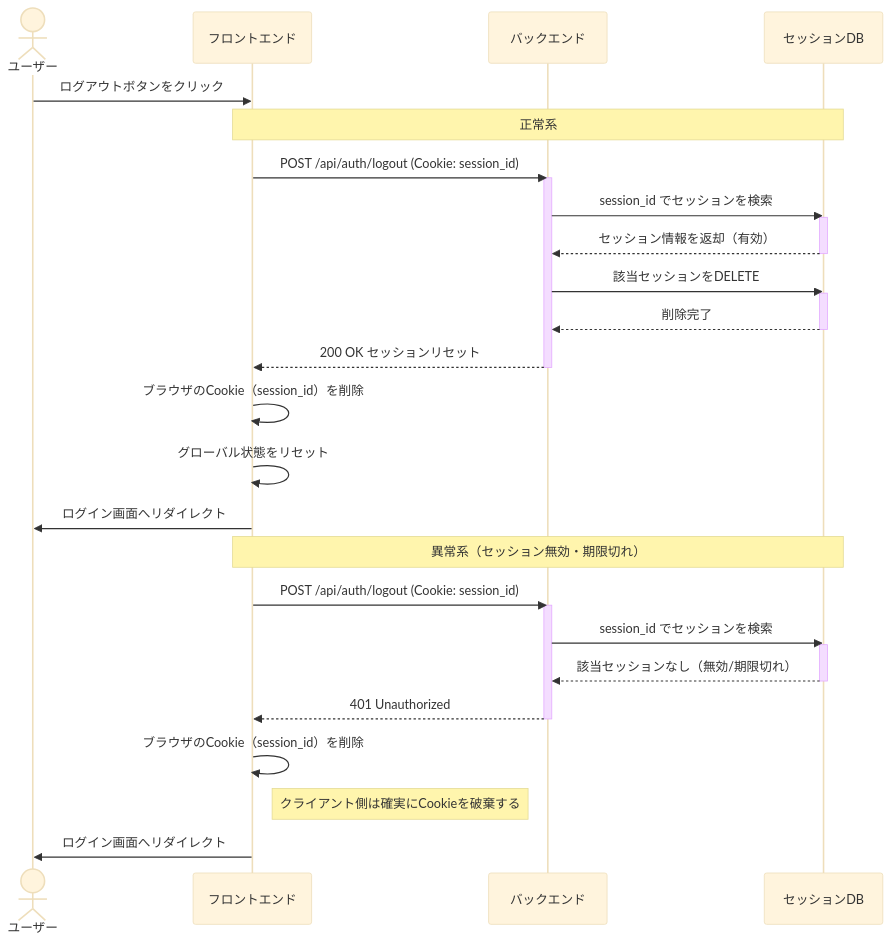
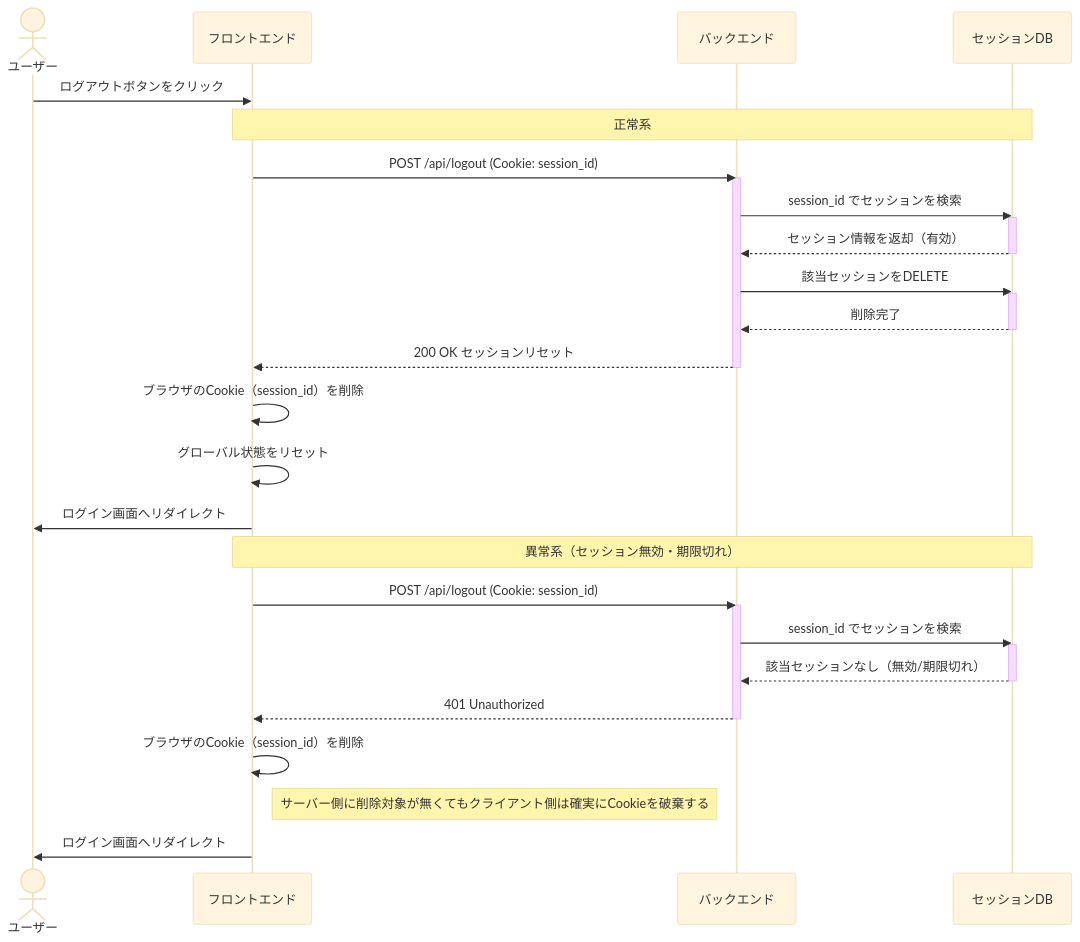
The fifth of 9 diagrams in docs/process_design.md (TUS-TI-dev-team/SyncTask), drawn with Mermaid (base theme) before and after one commit. The commit also changed other lines of this file, not shown here.

````diff
--- a/docs/process_design.md
+++ b/docs/process_design.md
@@ -184,39 +195,39 @@
 ```mermaid
 sequenceDiagram
-    actor User as ユーザー
-    participant FE as フロントエンド
-    participant BE as バックエンド
-    participant DB as セッションDB
+	actor User as ユーザー
+	participant FE as フロントエンド
+	participant BE as バックエンド
+	participant DB as セッションDB
 
-    User->>FE: ログアウトボタンをクリック
+	User->>FE: ログアウトボタンをクリック
 
-    Note over FE,DB: 正常系
-    FE->>BE: POST /api/auth/logout (Cookie: session_id)
-    activate BE
-    BE->>DB: session_id でセッションを検索
-    activate DB
-    DB-->>BE: セッション情報を返却（有効）
-    deactivate DB
-    BE->>DB: 該当セッションをDELETE
-    activate DB
-    DB-->>BE: 削除完了
-    deactivate DB
-    BE-->>FE: 200 OK セッションリセット
-    deactivate BE
-    FE->>FE: ブラウザのCookie（session_id）を削除
-    FE->>FE: グローバル状態をリセット
-    FE->>User: ログイン画面へリダイレクト
+	Note over FE,DB: 正常系
+	FE->>BE: POST /api/logout (Cookie: session_id)
+	activate BE
+	BE->>DB: session_id でセッションを検索
+	activate DB
+	DB-->>BE: セッション情報を返却（有効）
+	deactivate DB
+	BE->>DB: 該当セッションをDELETE
+	activate DB
+	DB-->>BE: 削除完了
+	deactivate DB
+	BE-->>FE: 200 OK セッションリセット
+	deactivate BE
+	FE->>FE: ブラウザのCookie（session_id）を削除
+	FE->>FE: グローバル状態をリセット
+	FE->>User: ログイン画面へリダイレクト
 
-    Note over FE,DB: 異常系（セッション無効・期限切れ）
-    FE->>BE: POST /api/auth/logout (Cookie: session_id)
-    activate BE
-    BE->>DB: session_id でセッションを検索
-    activate DB
-    DB-->>BE: 該当セッションなし（無効/期限切れ）
-    deactivate DB
-    BE-->>FE: 401 Unauthorized
-    deactivate BE
-    FE->>FE: ブラウザのCookie（session_id）を削除
-    Note right of FE: クライアント側は確実にCookieを破棄する
-    FE->>User: ログイン画面へリダイレクト
+	Note over FE,DB: 異常系（セッション無効・期限切れ）
+	FE->>BE: POST /api/logout (Cookie: session_id)
+	activate BE
+	BE->>DB: session_id でセッションを検索
+	activate DB
+	DB-->>BE: 該当セッションなし（無効/期限切れ）
+	deactivate DB
+	BE-->>FE: 401 Unauthorized
+	deactivate BE
+	FE->>FE: ブラウザのCookie（session_id）を削除
+	Note right of FE: サーバー側に削除対象が無くてもクライアント側は確実にCookieを破棄する
+	FE->>User: ログイン画面へリダイレクト
 ```
````
